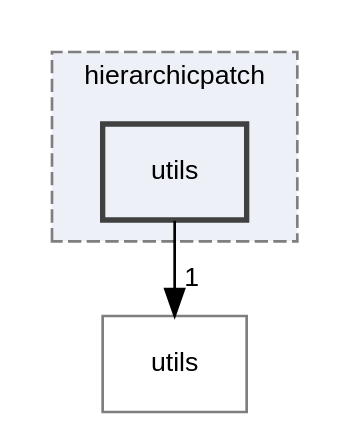
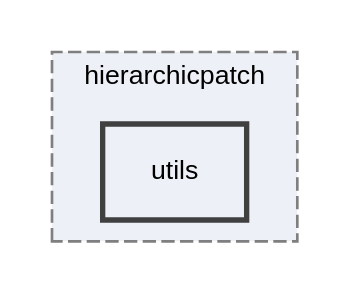
One commit to rath3t/dune-iga-doc changed the diagram in dir_29e36e3869dd8211c6d429092de827ad_dep.dot. Above: the diagram before and after it, drawn with Graphviz. The commit also changed 877 other files, not shown here.

```diff
--- a/dir_29e36e3869dd8211c6d429092de827ad_dep.dot
+++ b/dir_29e36e3869dd8211c6d429092de827ad_dep.dot
@@ -1,13 +1,11 @@
 digraph "utils"
 {
  // LATEX_PDF_SIZE
   edge [fontname="Helvetica",fontsize="10",labelfontname="Helvetica",labelfontsize="10"];
   node [fontname="Helvetica",fontsize="10",shape=record];
   compound=true
   subgraph clusterdir_12fc9e68aad46ae2d80ba50ef1c96d76 {
     graph [ bgcolor="#edf0f7", pencolor="grey50", style="filled,dashed,", label="hierarchicpatch", fontname="Helvetica", fontsize="10", URL="dir_12fc9e68aad46ae2d80ba50ef1c96d76.html"]
   dir_29e36e3869dd8211c6d429092de827ad [shape=box, label="utils", style="filled,bold,", fillcolor="#edf0f7", color="grey25", URL="dir_29e36e3869dd8211c6d429092de827ad.html"];
   }
-  dir_054fedf05f142c88b967e78541d2ed3d [shape=box, label="utils", style="", fillcolor="#edf0f7", color="grey50", URL="dir_054fedf05f142c88b967e78541d2ed3d.html"];
-  dir_29e36e3869dd8211c6d429092de827ad->dir_054fedf05f142c88b967e78541d2ed3d [headlabel="1", labeldistance=1.5 headhref="dir_000012_000013.html"];
 }
```
